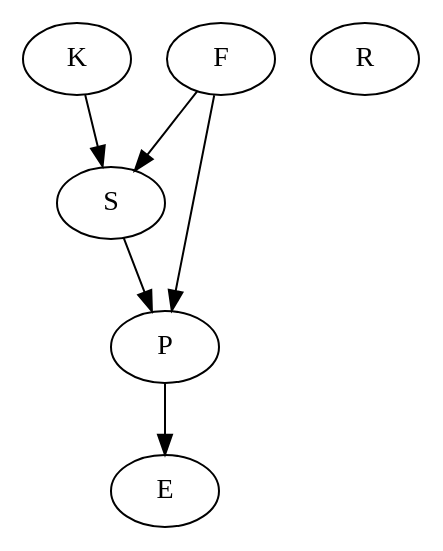
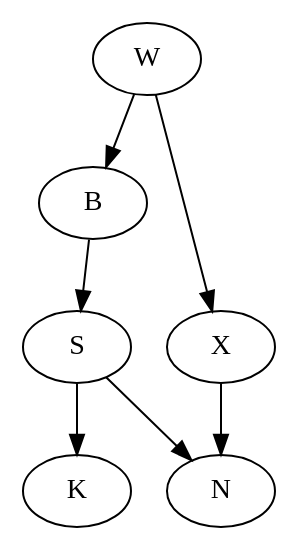
The diagram in Graph/results/Digraph.gv (iam-aishwaryajoy/Code-Today), drawn with Graphviz before and after one commit. The commit also changed 11 other files, not shown here.

```diff
--- a/Graph/results/Digraph.gv
+++ b/Graph/results/Digraph.gv
@@ -1,13 +1,14 @@
 digraph {
-	E
+	N
+	B
+	X
+	W
 	S
 	K
-	F
-	R
-	P
-	S -> P
-	K -> S
-	F -> P
-	F -> S
-	P -> E
+	B -> S
+	X -> N
+	W -> B
+	W -> X
+	S -> N
+	S -> K
 }
```
